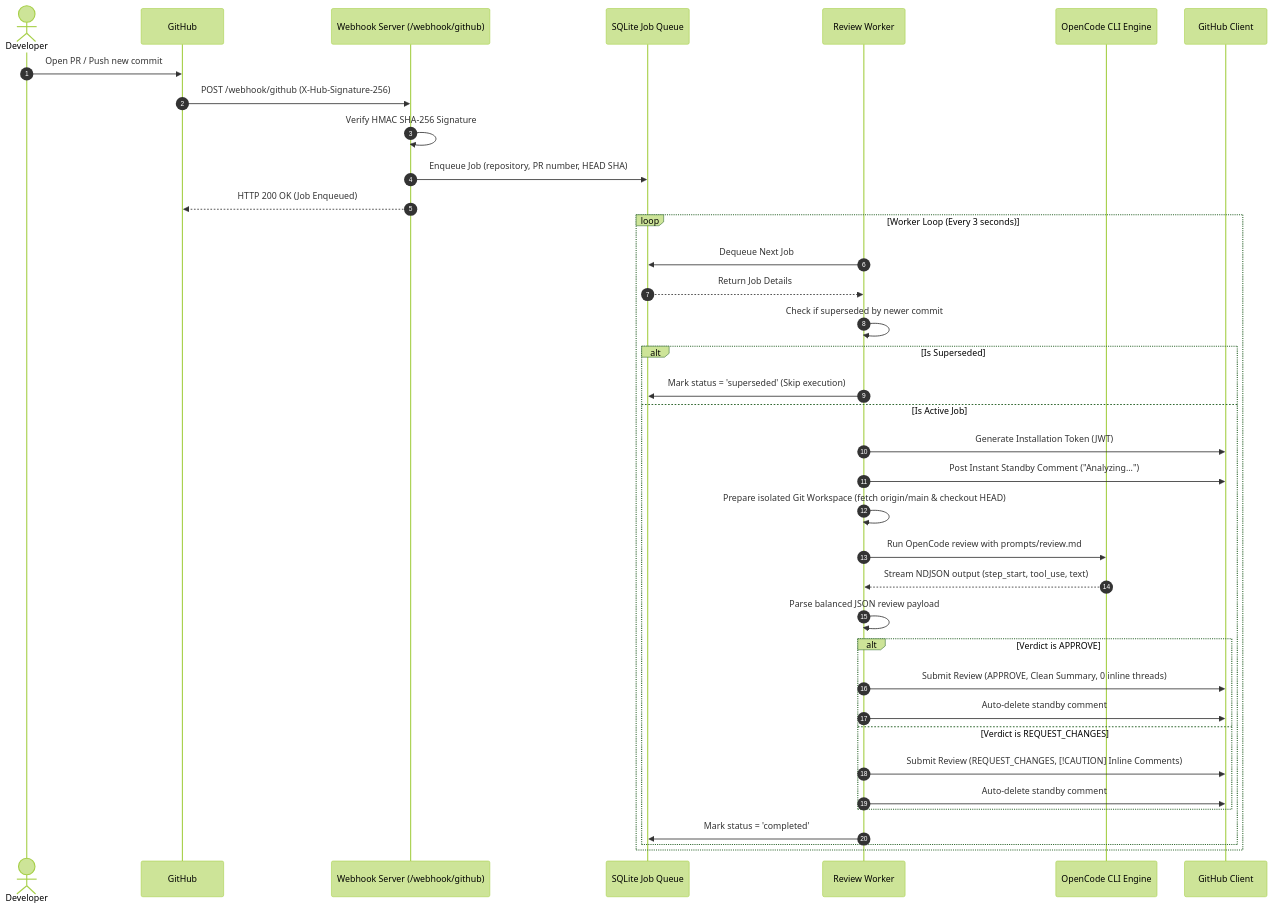
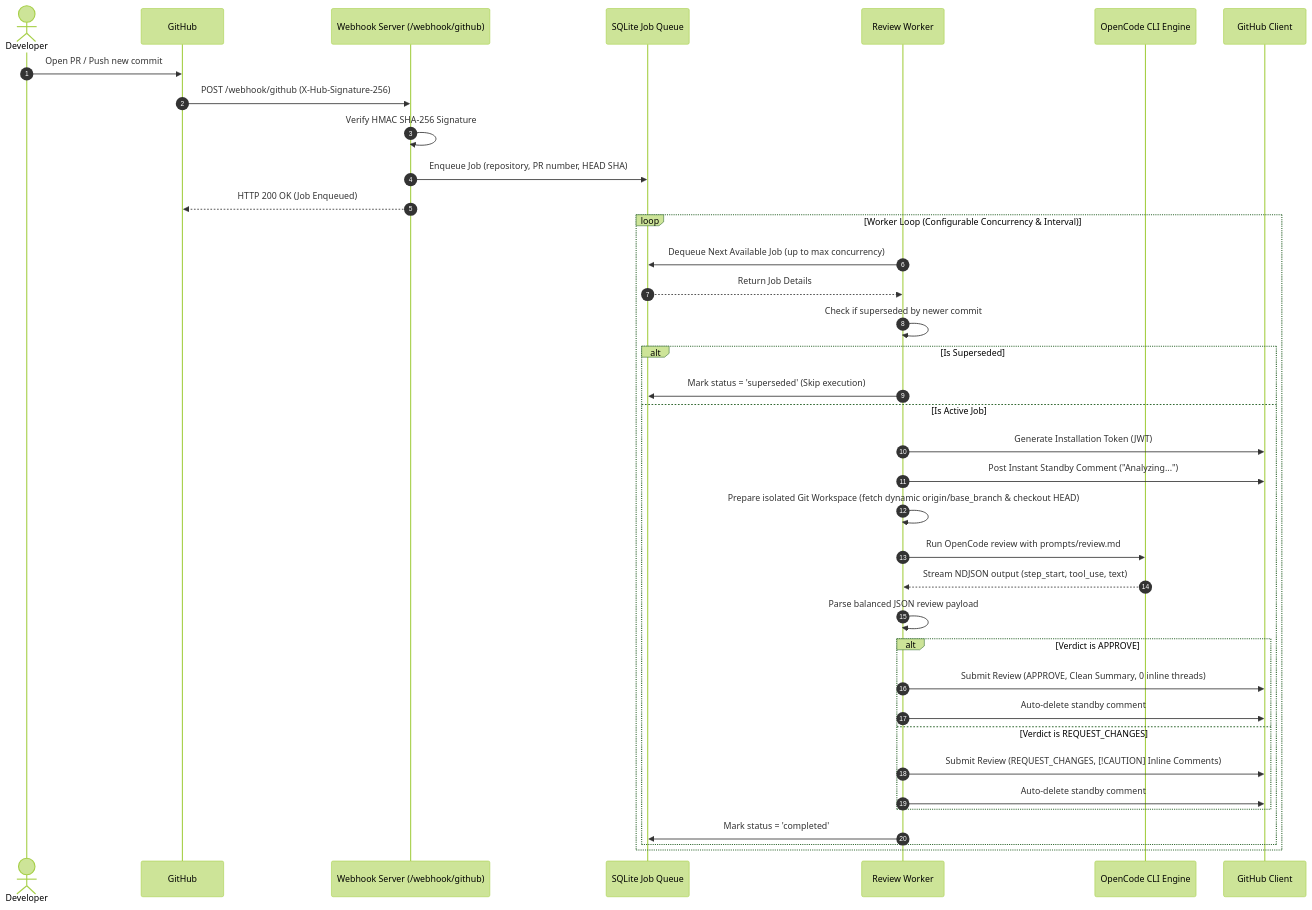
Before and after one commit to ardiannurcahya/opencode-pr-review: the second of 2 diagrams in docs/architecture-and-workflow.md, drawn with Mermaid (forest theme). The commit also changed other lines of this file and 8 other files, not shown here.

Commit message:
feat: add dynamic base branch support and multi-worker concurrency

````diff
--- a/docs/architecture-and-workflow.md
+++ b/docs/architecture-and-workflow.md
@@ -43,43 +43,43 @@
 ```mermaid
 sequenceDiagram
     autonumber
     actor Developer
     participant GitHub as GitHub
     participant Server as Webhook Server (/webhook/github)
     participant DB as SQLite Job Queue
     participant Worker as Review Worker
     participant Engine as OpenCode CLI Engine
     participant Client as GitHub Client
 
     Developer->>GitHub: Open PR / Push new commit
     GitHub->>Server: POST /webhook/github (X-Hub-Signature-256)
     Server->>Server: Verify HMAC SHA-256 Signature
     Server->>DB: Enqueue Job (repository, PR number, HEAD SHA)
     Server-->>GitHub: HTTP 200 OK (Job Enqueued)
 
-    loop Worker Loop (Every 3 seconds)
-        Worker->>DB: Dequeue Next Job
+    loop Worker Loop (Configurable Concurrency & Interval)
+        Worker->>DB: Dequeue Next Available Job (up to max concurrency)
         DB-->>Worker: Return Job Details
         Worker->>Worker: Check if superseded by newer commit
         alt Is Superseded
             Worker->>DB: Mark status = 'superseded' (Skip execution)
         else Is Active Job
             Worker->>Client: Generate Installation Token (JWT)
             Worker->>Client: Post Instant Standby Comment ("Analyzing...")
-            Worker->>Worker: Prepare isolated Git Workspace (fetch origin/main & checkout HEAD)
+            Worker->>Worker: Prepare isolated Git Workspace (fetch dynamic origin/base_branch & checkout HEAD)
             Worker->>Engine: Run OpenCode review with prompts/review.md
             Engine-->>Worker: Stream NDJSON output (step_start, tool_use, text)
             Worker->>Worker: Parse balanced JSON review payload
             
             alt Verdict is APPROVE
                 Worker->>Client: Submit Review (APPROVE, Clean Summary, 0 inline threads)
                 Worker->>Client: Auto-delete standby comment
             else Verdict is REQUEST_CHANGES
                 Worker->>Client: Submit Review (REQUEST_CHANGES, [!CAUTION] Inline Comments)
                 Worker->>Client: Auto-delete standby comment
             end
             
             Worker->>DB: Mark status = 'completed'
         end
     end
 ```
````
